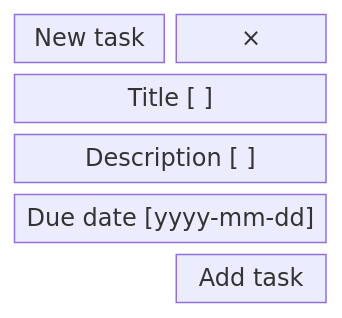
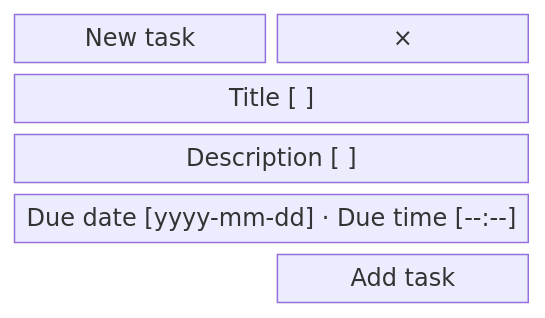
One commit to charlesmalo/FociToDo changed the seventh of 13 diagrams in docs/ui.md. Above: the diagram before and after it, drawn with Mermaid. The commit also changed other lines of this file and 20 other files, not shown here.

````diff
--- a/docs/ui.md
+++ b/docs/ui.md
@@ -127,9 +128,9 @@
 ```mermaid
 block-beta
   columns 2
   heading["New task"] close["×"]
   titlefield["Title [ ]"]:2
   description["Description [ ]"]:2
-  due["Due date [yyyy-mm-dd]"]:2
+  due["Due date [yyyy-mm-dd] · Due time [--:--]"]:2
   space add["Add task"]
 ```
````
